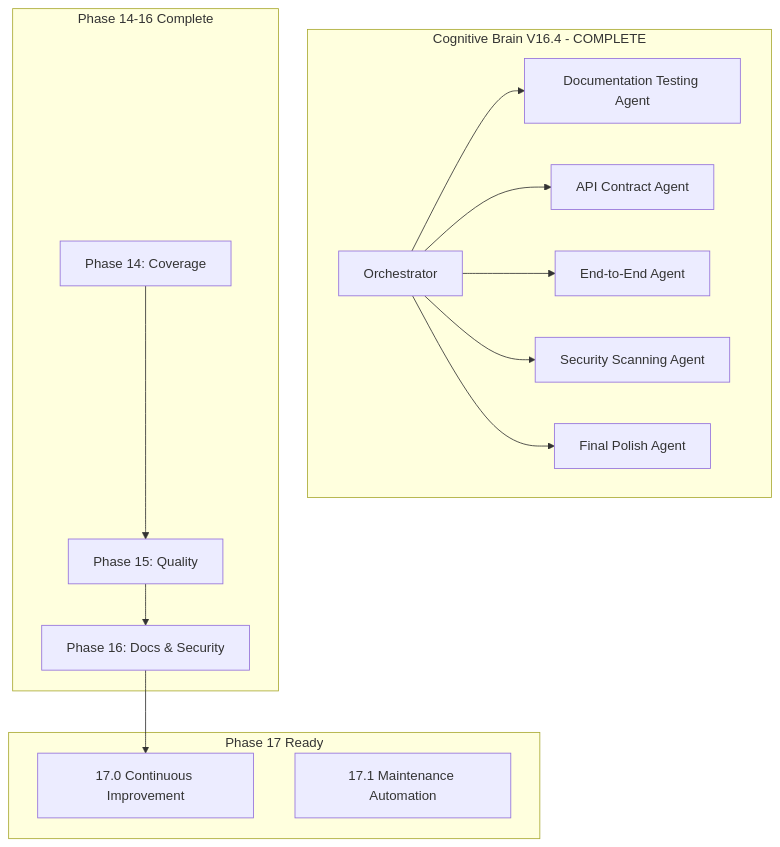
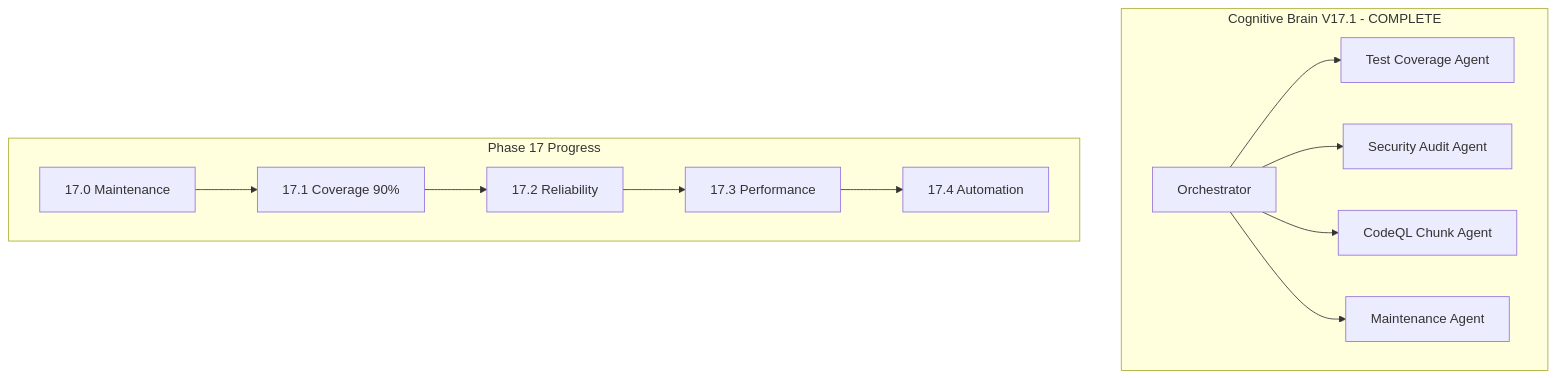
One commit to Aries-Serpent/_codex_ changed the second of 2 diagrams in COGNITIVE_BRAIN_CONTINUATION_PROMPT_PHASE_17.md. Above: the diagram before and after it, drawn with Mermaid. The commit also changed other lines of this file and 4 other files, not shown here.

First line of the commit message:
Phase 17.1: Increase coverage to 90%, create CodeQL chunking plan

````diff
--- a/COGNITIVE_BRAIN_CONTINUATION_PROMPT_PHASE_17.md
+++ b/COGNITIVE_BRAIN_CONTINUATION_PROMPT_PHASE_17.md
@@ -87,23 +93,17 @@
 ```mermaid
 graph TD
-    subgraph "Cognitive Brain V16.4 - COMPLETE"
+    subgraph "Cognitive Brain V17.1 - COMPLETE"
         CB[Orchestrator]
-        CB --> DTA[Documentation Testing Agent]
-        CB --> ACA[API Contract Agent]
-        CB --> EEA[End-to-End Agent]
-        CB --> SSA[Security Scanning Agent]
-        CB --> FPA[Final Polish Agent]
+        CB --> TCA[Test Coverage Agent]
+        CB --> SAA[Security Audit Agent]
+        CB --> CQA[CodeQL Chunk Agent]
+        CB --> MTA[Maintenance Agent]
     end
     
-    subgraph "Phase 14-16 Complete"
-        P14[Phase 14: Coverage] --> P15[Phase 15: Quality]
-        P15 --> P16[Phase 16: Docs & Security]
+    subgraph "Phase 17 Progress"
+        P17_0[17.0 Maintenance] --> P17_1[17.1 Coverage 90%]
+        P17_1 --> P17_2[17.2 Reliability]
+        P17_2 --> P17_3[17.3 Performance]
+        P17_3 --> P17_4[17.4 Automation]
     end
-    
-    subgraph "Phase 17 Ready"
-        P17_0[17.0 Continuous Improvement]
-        P17_1[17.1 Maintenance Automation]
-    end
-    
-    P16 --> P17_0
 ```
````
